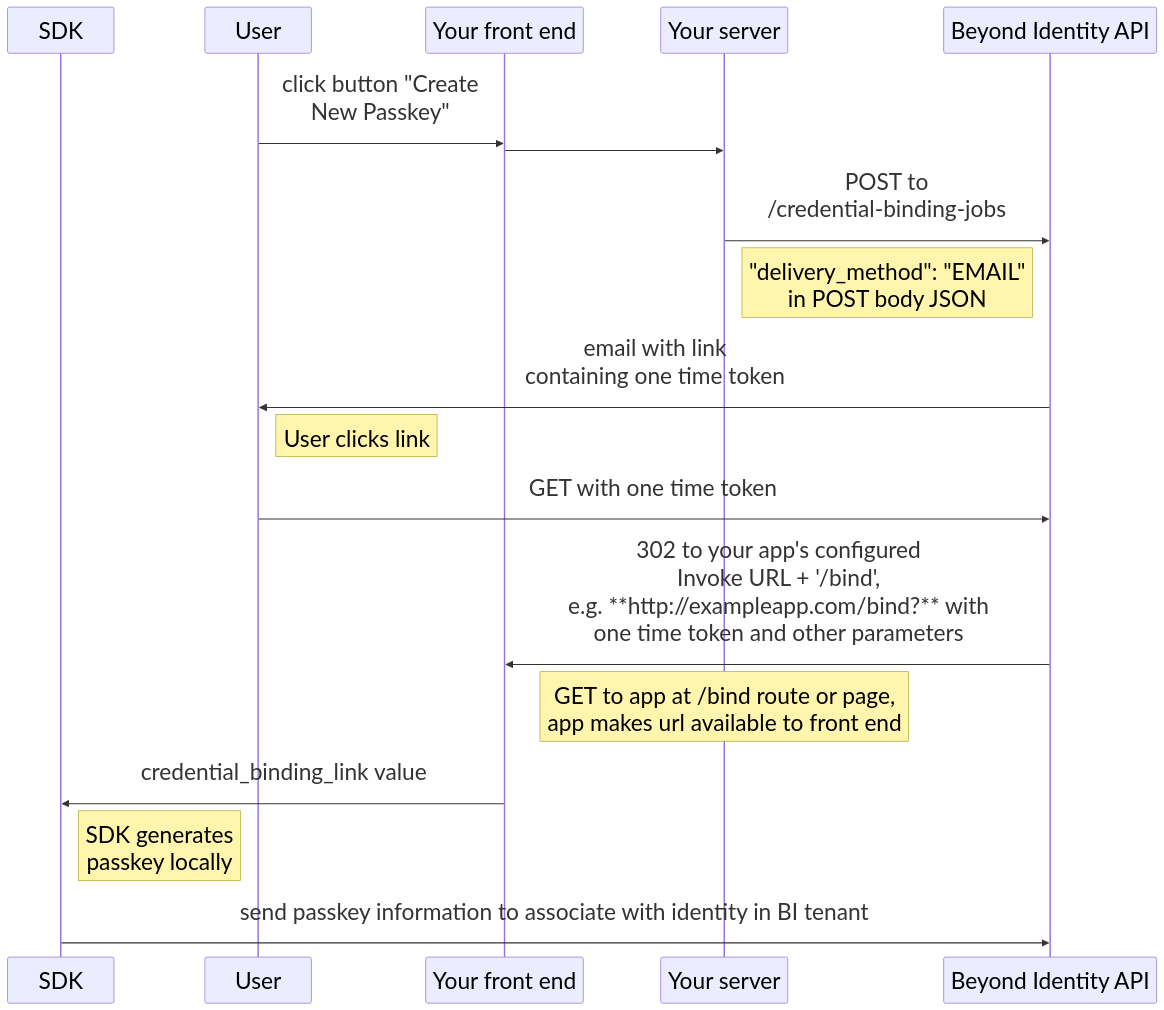
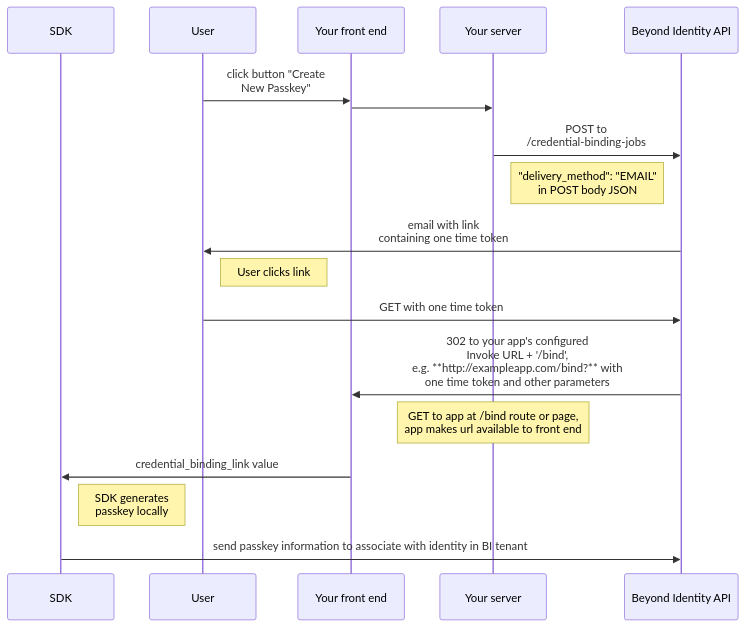
Before and after one commit to gobeyondidentity/developer-docs: the first of 2 diagrams in docs/platform-overview/authenticator-config.md, drawn with Mermaid. The commit also changed other lines of this file and 1 other file, not shown here.

Commit message:
fix invocation_url_diagram

````diff
--- a/docs/platform-overview/authenticator-config.md
+++ b/docs/platform-overview/authenticator-config.md
@@ -106,22 +106,20 @@
 ```mermaid
-%%{init: { 'fontSize': 32 } }%%
 sequenceDiagram
     participant SDK
     participant User
-	participant Your front end
+    participant Your front end
     participant Your server
-	participant Beyond Identity API
-
-	User ->> Your front end: click button "Create<br/> New Passkey"
-	Your front end ->> Your server:
-	Your server ->> Beyond Identity API: POST to <br/>/credential-binding-jobs
-	Note Right of Your server: "delivery_method": "EMAIL"<br/> in POST body JSON
-	Beyond Identity API ->> User: email with link<br/> containing one time token
-	Note Right of User: User clicks link
-	User ->> Beyond Identity API: GET with one time token
-	Beyond Identity API ->> Your front end: 302 to your app's configured<br/> Invoke URL + '/bind',<br/> e.g. **http://exampleapp.com/bind?** with<br/> one time token and other parameters
-	Note Over Your server: GET to app at /bind route or page,<br/> app makes url available to front end
-	Your front end ->> SDK: credential_binding_link value
-	Note Right of SDK: SDK generates<br/> passkey locally
-	SDK ->> Beyond Identity API: send passkey information to associate with identity in BI tenant
-```
+    participant Beyond Identity API 
+    User ->> Your front end: click button "Create<br/> New Passkey"
+    Your front end ->> Your server: 
+    Your server ->> Beyond Identity API: POST to <br/>/credential-binding-jobs
+    Note Right of Your server: "delivery_method": "EMAIL"<br/> in POST body JSON
+    Beyond Identity API ->> User: email with link<br/> containing one time token
+    Note Right of User: User clicks link
+    User ->> Beyond Identity API: GET with one time token
+    Beyond Identity API ->> Your front end: 302 to your app's configured<br/> Invoke URL + '/bind',<br/> e.g. **http://exampleapp.com/bind?** with<br/> one time token and other parameters
+    Note Over Your server: GET to app at /bind route or page,<br/> app makes url available to front end
+    Your front end ->> SDK: credential_binding_link value
+    Note Right of SDK: SDK generates<br/> passkey locally
+    SDK ->> Beyond Identity API: send passkey information to associate with identity in BI tenant
+```  
````
